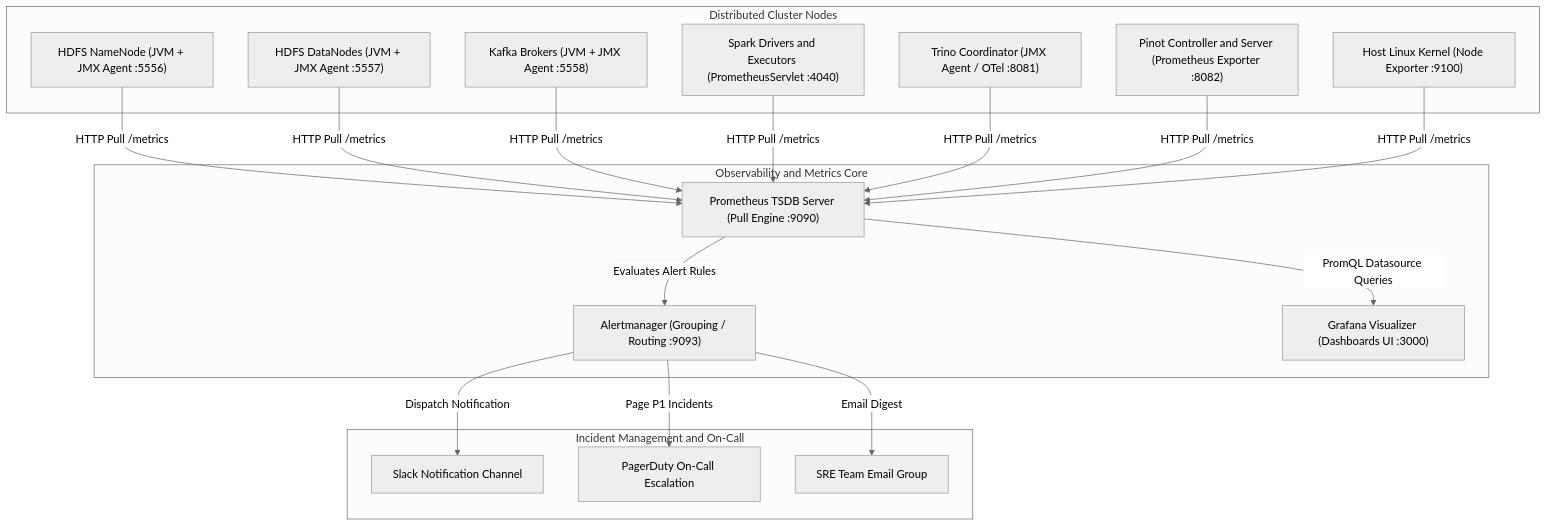
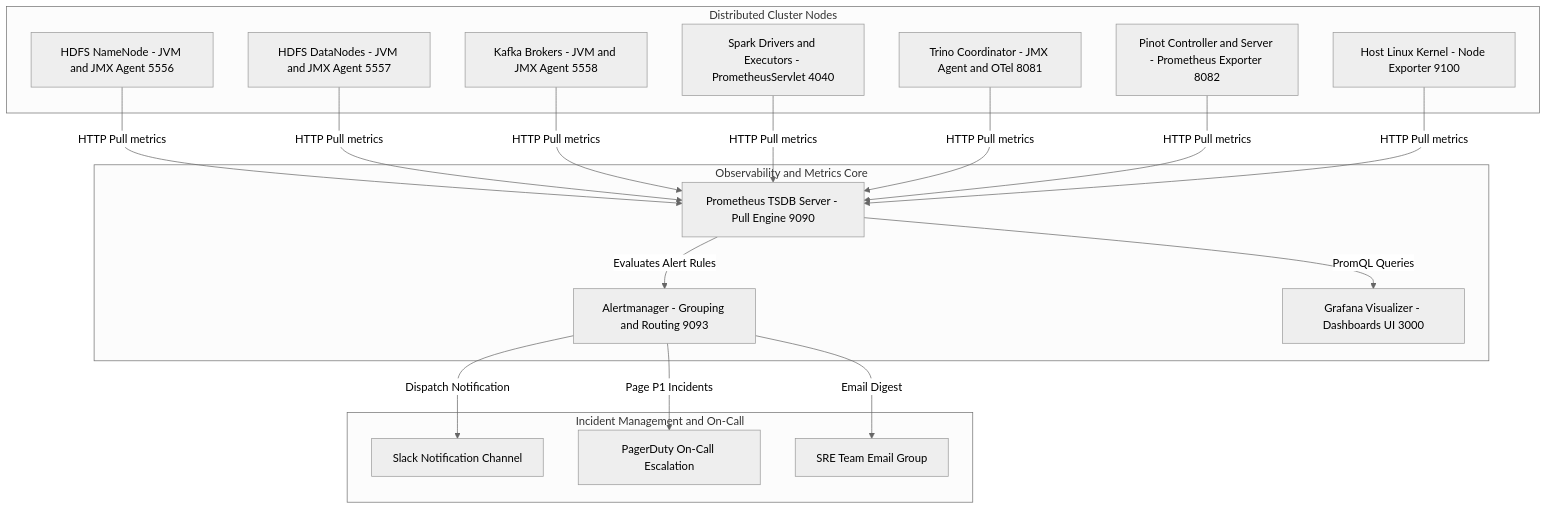
One commit to userhimanshuverma/30_Days_of_Modern_Hadoop_Ecosystem changed the first of 6 diagrams in Day-28-Platform-Observability/README.md. Above: the diagram before and after it, drawn with Mermaid (neutral theme). The commit also changed other lines of this file and 5 other files, not shown here.

Commit message:
fix(day-28): Simplify Mermaid diagram syntax to ensure 100% visual rendering in GitHub UI

````diff
--- a/Day-28-Platform-Observability/README.md
+++ b/Day-28-Platform-Observability/README.md
@@ -34,38 +34,38 @@
 ```mermaid
 graph TB
-    subgraph Storage_And_Compute ["Distributed Cluster Nodes"]
-        NN["HDFS NameNode (JVM + JMX Agent :5556)"]
-        DN["HDFS DataNodes (JVM + JMX Agent :5557)"]
-        KAFKA["Kafka Brokers (JVM + JMX Agent :5558)"]
-        SPARK["Spark Drivers and Executors (PrometheusServlet :4040)"]
-        TRINO["Trino Coordinator (JMX Agent / OTel :8081)"]
-        PINOT["Pinot Controller and Server (Prometheus Exporter :8082)"]
-        NODE["Host Linux Kernel (Node Exporter :9100)"]
+    subgraph Storage_And_Compute [Distributed Cluster Nodes]
+        NN[HDFS NameNode - JVM and JMX Agent 5556]
+        DN[HDFS DataNodes - JVM and JMX Agent 5557]
+        KAFKA[Kafka Brokers - JVM and JMX Agent 5558]
+        SPARK[Spark Drivers and Executors - PrometheusServlet 4040]
+        TRINO[Trino Coordinator - JMX Agent and OTel 8081]
+        PINOT[Pinot Controller and Server - Prometheus Exporter 8082]
+        NODE[Host Linux Kernel - Node Exporter 9100]
     end
 
-    subgraph Observability_Tier ["Observability and Metrics Core"]
-        PROM["Prometheus TSDB Server (Pull Engine :9090)"]
-        ALERT["Alertmanager (Grouping / Routing :9093)"]
-        GRAF["Grafana Visualizer (Dashboards UI :3000)"]
+    subgraph Observability_Tier [Observability and Metrics Core]
+        PROM[Prometheus TSDB Server - Pull Engine 9090]
+        ALERT[Alertmanager - Grouping and Routing 9093]
+        GRAF[Grafana Visualizer - Dashboards UI 3000]
     end
 
-    subgraph Alert_Receivers ["Incident Management and On-Call"]
-        SLACK["Slack Notification Channel"]
-        PD["PagerDuty On-Call Escalation"]
-        MAIL["SRE Team Email Group"]
+    subgraph Alert_Receivers [Incident Management and On-Call]
+        SLACK[Slack Notification Channel]
+        PD[PagerDuty On-Call Escalation]
+        MAIL[SRE Team Email Group]
     end
 
-    NN -->|HTTP Pull /metrics| PROM
-    DN -->|HTTP Pull /metrics| PROM
-    KAFKA -->|HTTP Pull /metrics| PROM
-    SPARK -->|HTTP Pull /metrics| PROM
-    TRINO -->|HTTP Pull /metrics| PROM
-    PINOT -->|HTTP Pull /metrics| PROM
-    NODE -->|HTTP Pull /metrics| PROM
+    NN -->|HTTP Pull metrics| PROM
+    DN -->|HTTP Pull metrics| PROM
+    KAFKA -->|HTTP Pull metrics| PROM
+    SPARK -->|HTTP Pull metrics| PROM
+    TRINO -->|HTTP Pull metrics| PROM
+    PINOT -->|HTTP Pull metrics| PROM
+    NODE -->|HTTP Pull metrics| PROM
 
-    PROM -->|PromQL Datasource Queries| GRAF
+    PROM -->|PromQL Queries| GRAF
     PROM -->|Evaluates Alert Rules| ALERT
     ALERT -->|Dispatch Notification| SLACK
     ALERT -->|Page P1 Incidents| PD
     ALERT -->|Email Digest| MAIL
 ```
````
